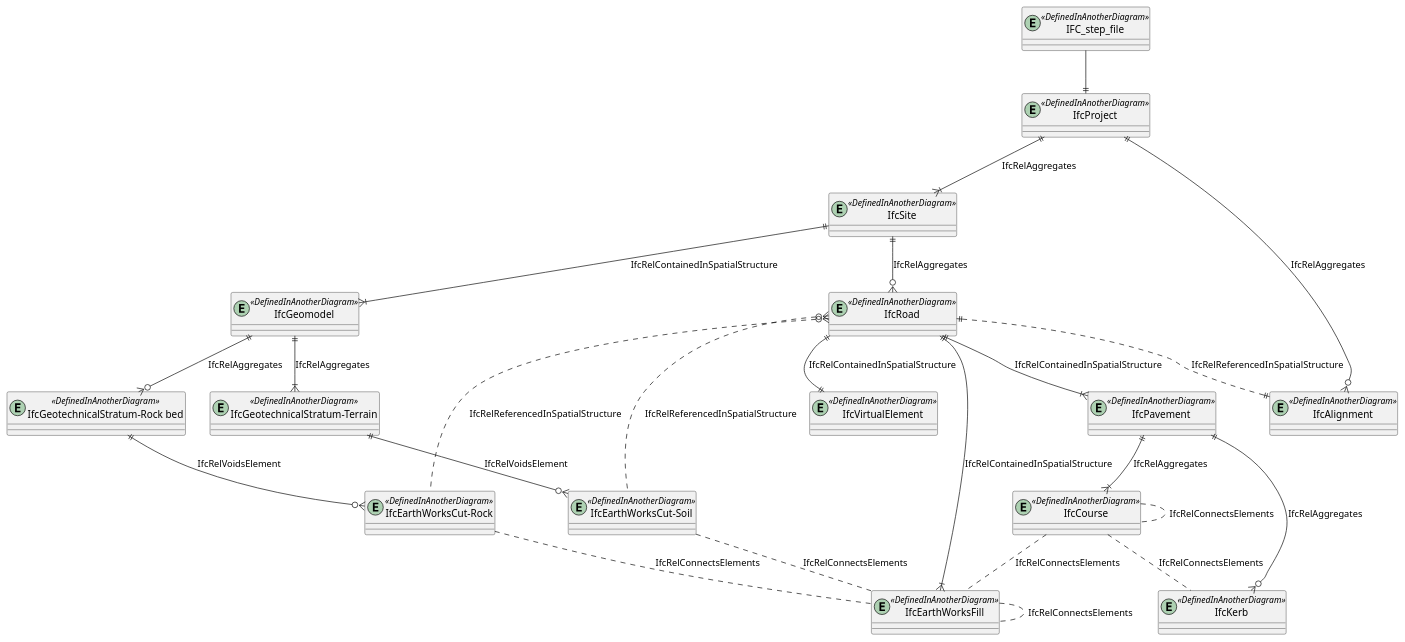
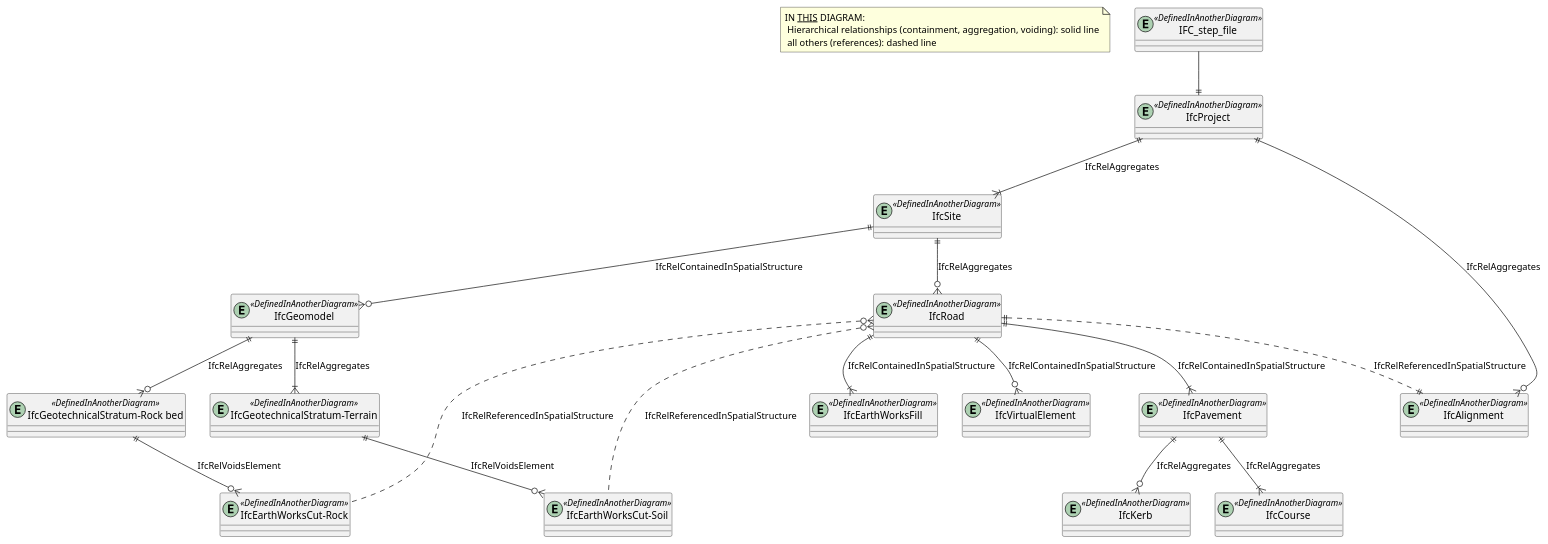
One commit to buildingSMART-Finland/RYTV-IFCRoute changed the diagram in diagrams/bsf-ifc-hierarkia.pu. Above: the diagram before and after it, drawn with PlantUML. The commit also changed 25 other files, not shown here.

```diff
--- a/diagrams/bsf-ifc-hierarkia.pu
+++ b/diagrams/bsf-ifc-hierarkia.pu
@@ -1,68 +1,58 @@
 @startuml 
+
+note "IN <u>THIS</u> DIAGRAM:\n Hierarchical relationships (containment, aggregation, voiding): solid line\n all others (references): dashed line" as N0
+
 
 entity IFC_step_file <<DefinedInAnotherDiagram>>
 
 entity IfcProject <<DefinedInAnotherDiagram>>
 IFC_step_file--||IfcProject
 
 entity IfcSite <<DefinedInAnotherDiagram>>
 IfcProject||--|{IfcSite : IfcRelAggregates
 
 
 entity IfcRoad <<DefinedInAnotherDiagram>> 
 IfcSite||--o{IfcRoad : IfcRelAggregates
 
 
 entity IfcVirtualElement <<DefinedInAnotherDiagram>>
-IfcRoad||--||IfcVirtualElement : IfcRelContainedInSpatialStructure
+IfcRoad||--o{IfcVirtualElement : IfcRelContainedInSpatialStructure
 
 entity IfcGeomodel <<DefinedInAnotherDiagram>>
 
-IfcSite||--|{IfcGeomodel : IfcRelContainedInSpatialStructure
+IfcSite||--o{IfcGeomodel : IfcRelContainedInSpatialStructure
 
 entity "IfcGeotechnicalStratum-Terrain" <<DefinedInAnotherDiagram>>
 IfcGeomodel||--|{"IfcGeotechnicalStratum-Terrain":IfcRelAggregates
 entity "IfcGeotechnicalStratum-Rock bed" <<DefinedInAnotherDiagram>>
 IfcGeomodel||--o{"IfcGeotechnicalStratum-Rock bed":IfcRelAggregates
 
 
 entity IfcPavement <<DefinedInAnotherDiagram>>
 IfcRoad||--|{IfcPavement : IfcRelContainedInSpatialStructure
 
 entity "IfcEarthWorksCut-Rock" <<DefinedInAnotherDiagram>>
 IfcRoad}o.."IfcEarthWorksCut-Rock": IfcRelReferencedInSpatialStructure
 entity "IfcEarthWorksCut-Soil" <<DefinedInAnotherDiagram>>
 IfcRoad}o.."IfcEarthWorksCut-Soil": IfcRelReferencedInSpatialStructure
 
 
 "IfcGeotechnicalStratum-Rock bed"||--o{"IfcEarthWorksCut-Rock" : IfcRelVoidsElement
 "IfcGeotechnicalStratum-Terrain"||--o{"IfcEarthWorksCut-Soil" : IfcRelVoidsElement
 
 entity IfcEarthWorksFill <<DefinedInAnotherDiagram>>
 IfcRoad||--|{IfcEarthWorksFill : IfcRelContainedInSpatialStructure
 
-IfcEarthWorksFill..IfcEarthWorksFill:IfcRelConnectsElements
-
-"IfcEarthWorksCut-Rock"..IfcEarthWorksFill :IfcRelConnectsElements 
-"IfcEarthWorksCut-Soil"..IfcEarthWorksFill :IfcRelConnectsElements 
-
 entity IfcCourse <<DefinedInAnotherDiagram>>
 IfcPavement||--|{IfcCourse :IfcRelAggregates
 
-IfcCourse..IfcCourse:IfcRelConnectsElements
-IfcCourse..IfcEarthWorksFill:IfcRelConnectsElements
-
 entity IfcKerb <<DefinedInAnotherDiagram>>
 IfcPavement||--o{IfcKerb :IfcRelAggregates
-IfcCourse..IfcKerb:IfcRelConnectsElements
-
 
 entity IfcAlignment <<DefinedInAnotherDiagram>>
 IfcProject||--o{IfcAlignment : IfcRelAggregates
 
-
 IfcRoad||..||IfcAlignment : IfcRelReferencedInSpatialStructure
 
-
-
 @enduml
```
